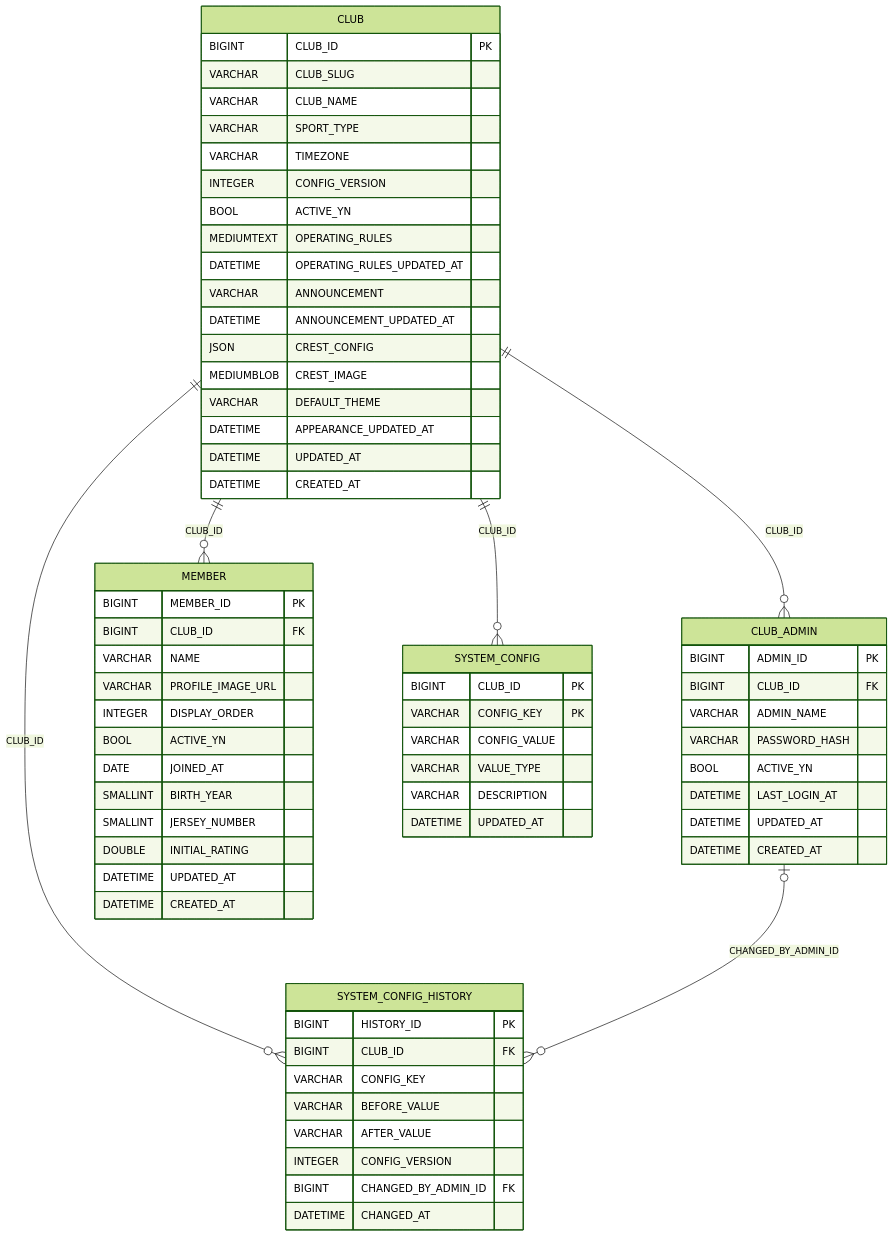
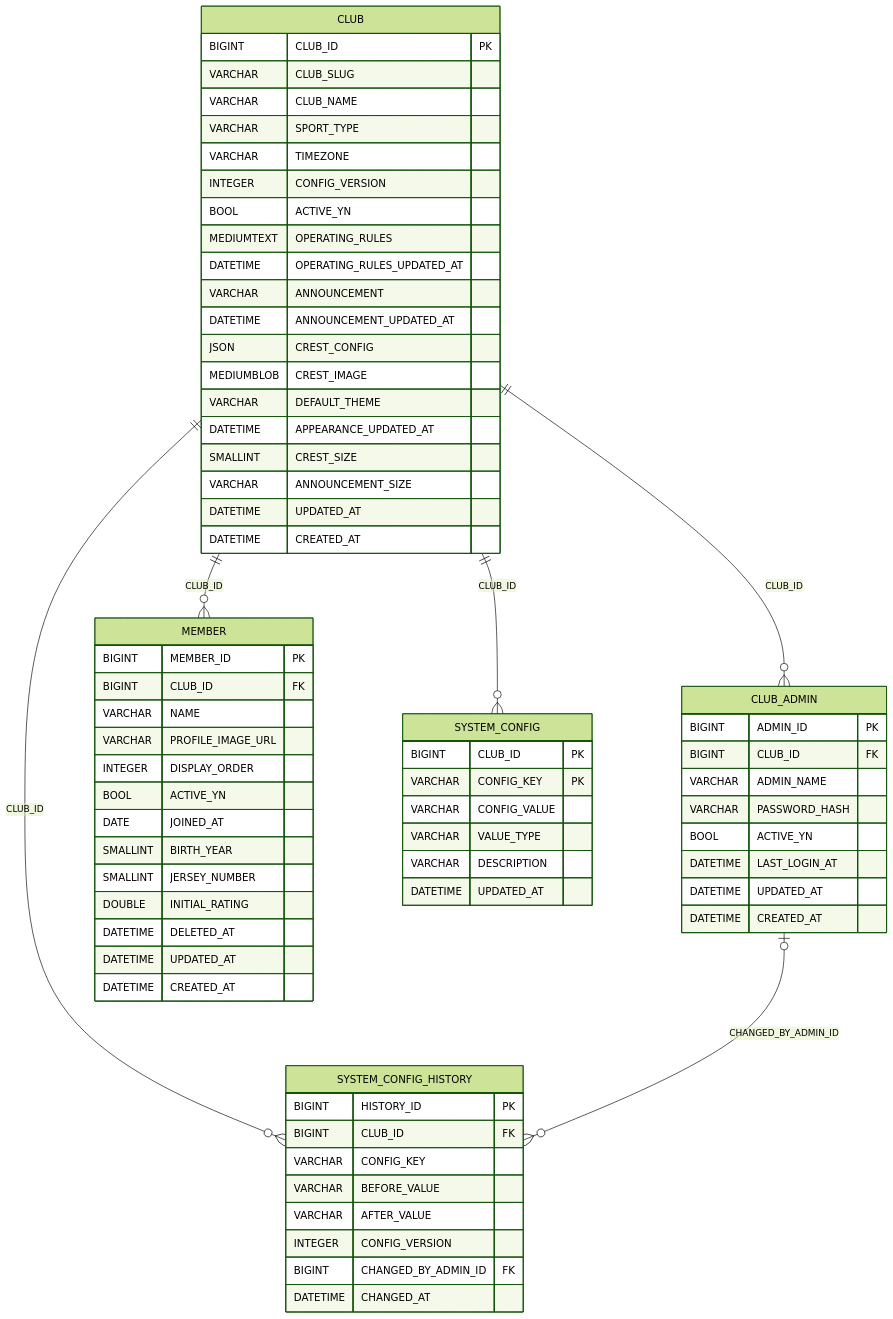
The first of 5 diagrams in docs/ERD.md (preferJ/clubwire), drawn with Mermaid (forest theme) before and after one commit. The commit also changed 35 other files, not shown here.

````diff
--- a/docs/ERD.md
+++ b/docs/ERD.md
@@ -7,69 +7,72 @@
 ```mermaid
 erDiagram
     CLUB {
         BIGINT CLUB_ID PK
         VARCHAR CLUB_SLUG
         VARCHAR CLUB_NAME
         VARCHAR SPORT_TYPE
         VARCHAR TIMEZONE
         INTEGER CONFIG_VERSION
         BOOL ACTIVE_YN
         MEDIUMTEXT OPERATING_RULES
         DATETIME OPERATING_RULES_UPDATED_AT
         VARCHAR ANNOUNCEMENT
         DATETIME ANNOUNCEMENT_UPDATED_AT
         JSON CREST_CONFIG
         MEDIUMBLOB CREST_IMAGE
         VARCHAR DEFAULT_THEME
         DATETIME APPEARANCE_UPDATED_AT
+        SMALLINT CREST_SIZE
+        VARCHAR ANNOUNCEMENT_SIZE
         DATETIME UPDATED_AT
         DATETIME CREATED_AT
     }
     CLUB_ADMIN {
         BIGINT ADMIN_ID PK
         BIGINT CLUB_ID FK
         VARCHAR ADMIN_NAME
         VARCHAR PASSWORD_HASH
         BOOL ACTIVE_YN
         DATETIME LAST_LOGIN_AT
         DATETIME UPDATED_AT
         DATETIME CREATED_AT
     }
     MEMBER {
         BIGINT MEMBER_ID PK
         BIGINT CLUB_ID FK
         VARCHAR NAME
         VARCHAR PROFILE_IMAGE_URL
         INTEGER DISPLAY_ORDER
         BOOL ACTIVE_YN
         DATE JOINED_AT
         SMALLINT BIRTH_YEAR
         SMALLINT JERSEY_NUMBER
         DOUBLE INITIAL_RATING
+        DATETIME DELETED_AT
         DATETIME UPDATED_AT
         DATETIME CREATED_AT
     }
     SYSTEM_CONFIG {
         BIGINT CLUB_ID PK
         VARCHAR CONFIG_KEY PK
         VARCHAR CONFIG_VALUE
         VARCHAR VALUE_TYPE
         VARCHAR DESCRIPTION
         DATETIME UPDATED_AT
     }
     SYSTEM_CONFIG_HISTORY {
         BIGINT HISTORY_ID PK
         BIGINT CLUB_ID FK
         VARCHAR CONFIG_KEY
         VARCHAR BEFORE_VALUE
         VARCHAR AFTER_VALUE
         INTEGER CONFIG_VERSION
         BIGINT CHANGED_BY_ADMIN_ID FK
         DATETIME CHANGED_AT
     }
     CLUB ||--o{ CLUB_ADMIN : "CLUB_ID"
     CLUB ||--o{ MEMBER : "CLUB_ID"
     CLUB ||--o{ SYSTEM_CONFIG : "CLUB_ID"
     CLUB ||--o{ SYSTEM_CONFIG_HISTORY : "CLUB_ID"
     CLUB_ADMIN |o--o{ SYSTEM_CONFIG_HISTORY : "CHANGED_BY_ADMIN_ID"
 ```
````
